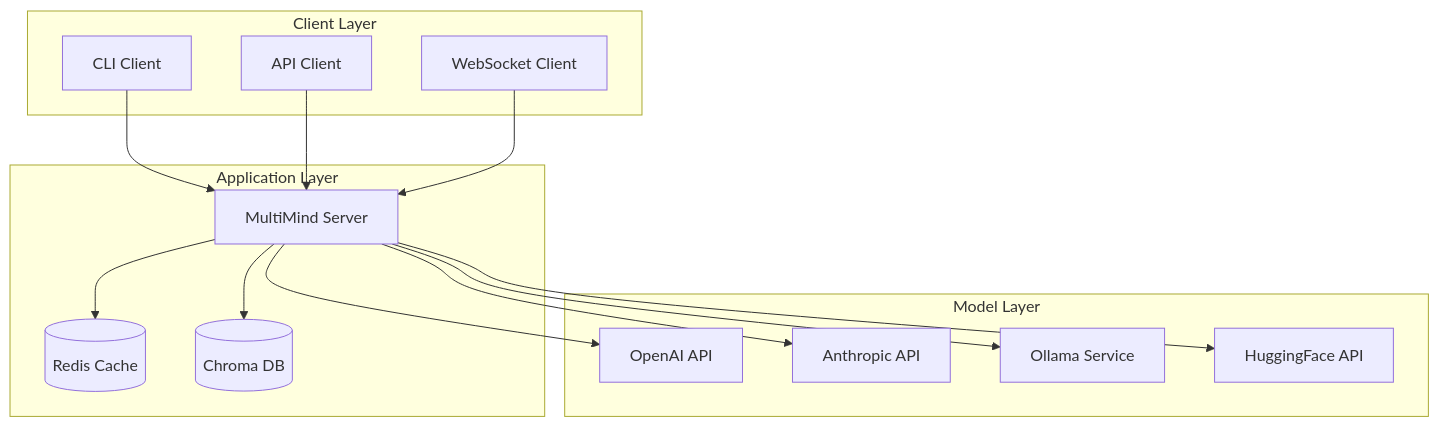
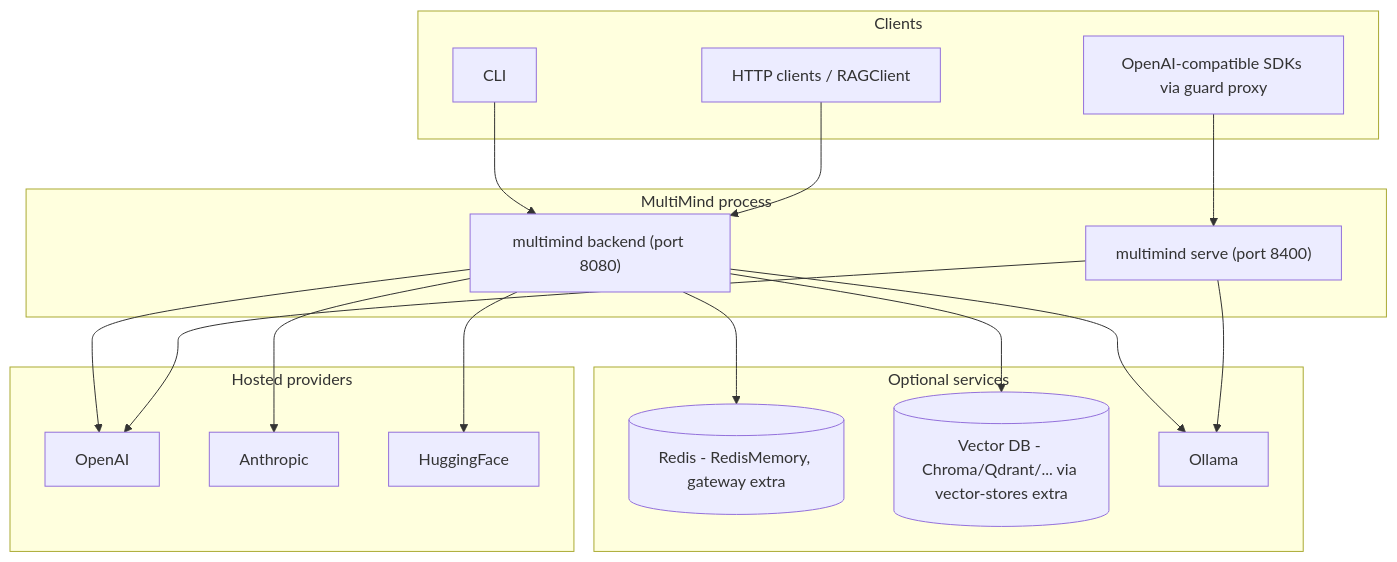
Before and after one commit to multimindlab/multimind-sdk: the seventh of 7 diagrams in docs/architecture.md, drawn with Mermaid. The commit also changed other lines of this file and 274 other files, not shown here.

````diff
--- a/docs/architecture.md
+++ b/docs/architecture.md
@@ -690,33 +266,37 @@
 ```mermaid
 graph TB
-    subgraph "Client Layer"
-        CLI[CLI Client]
-        API[API Client]
-        WS[WebSocket Client]
+    subgraph "Clients"
+        CLI[CLI]
+        HTTP[HTTP clients / RAGClient]
+        OpenAISDK[OpenAI-compatible SDKs via guard proxy]
     end
-    
-    subgraph "Application Layer"
-        Server[MultiMind Server]
-        Redis[(Redis Cache)]
-        Chroma[(Chroma DB)]
+
+    subgraph "MultiMind process"
+        Backend["multimind backend (port 8080)"]
+        Proxy["multimind serve (port 8400)"]
     end
-    
-    subgraph "Model Layer"
-        OpenAI[OpenAI API]
-        Anthropic[Anthropic API]
-        Ollama[Ollama Service]
-        HF[HuggingFace API]
+
+    subgraph "Optional services"
+        Redis[(Redis - RedisMemory, gateway extra)]
+        VectorDB[(Vector DB - Chroma/Qdrant/... via vector-stores extra)]
+        Ollama[Ollama]
     end
-    
-    CLI --> Server
-    API --> Server
-    WS --> Server
-    
-    Server --> Redis
-    Server --> Chroma
-    
-    Server --> OpenAI
-    Server --> Anthropic
-    Server --> Ollama
-    Server --> HF
+
+    subgraph "Hosted providers"
+        OpenAI
+        Anthropic
+        HF[HuggingFace]
+    end
+
+    CLI --> Backend
+    HTTP --> Backend
+    OpenAISDK --> Proxy
+    Backend --> Redis
+    Backend --> VectorDB
+    Backend --> Ollama
+    Backend --> OpenAI
+    Backend --> Anthropic
+    Backend --> HF
+    Proxy --> OpenAI
+    Proxy --> Ollama
 ```
````
